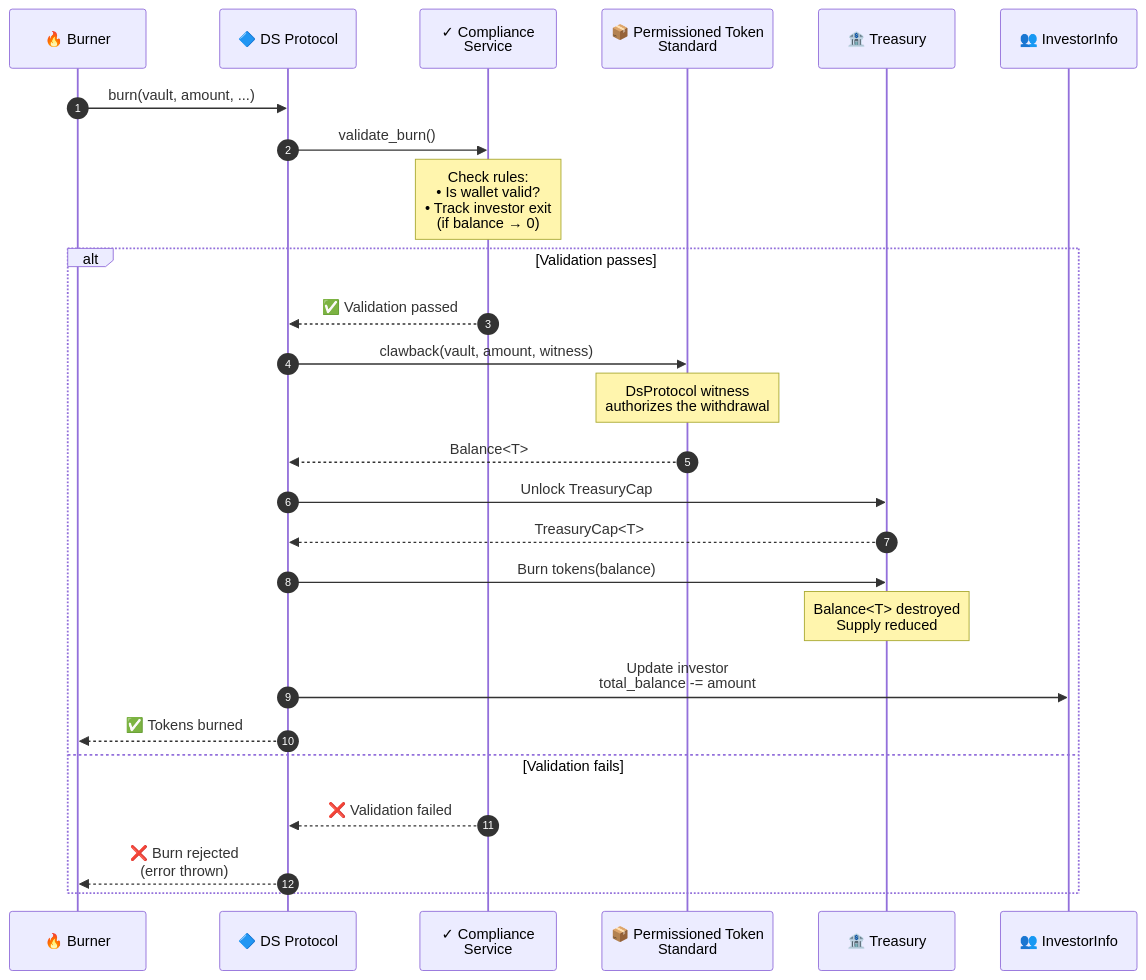
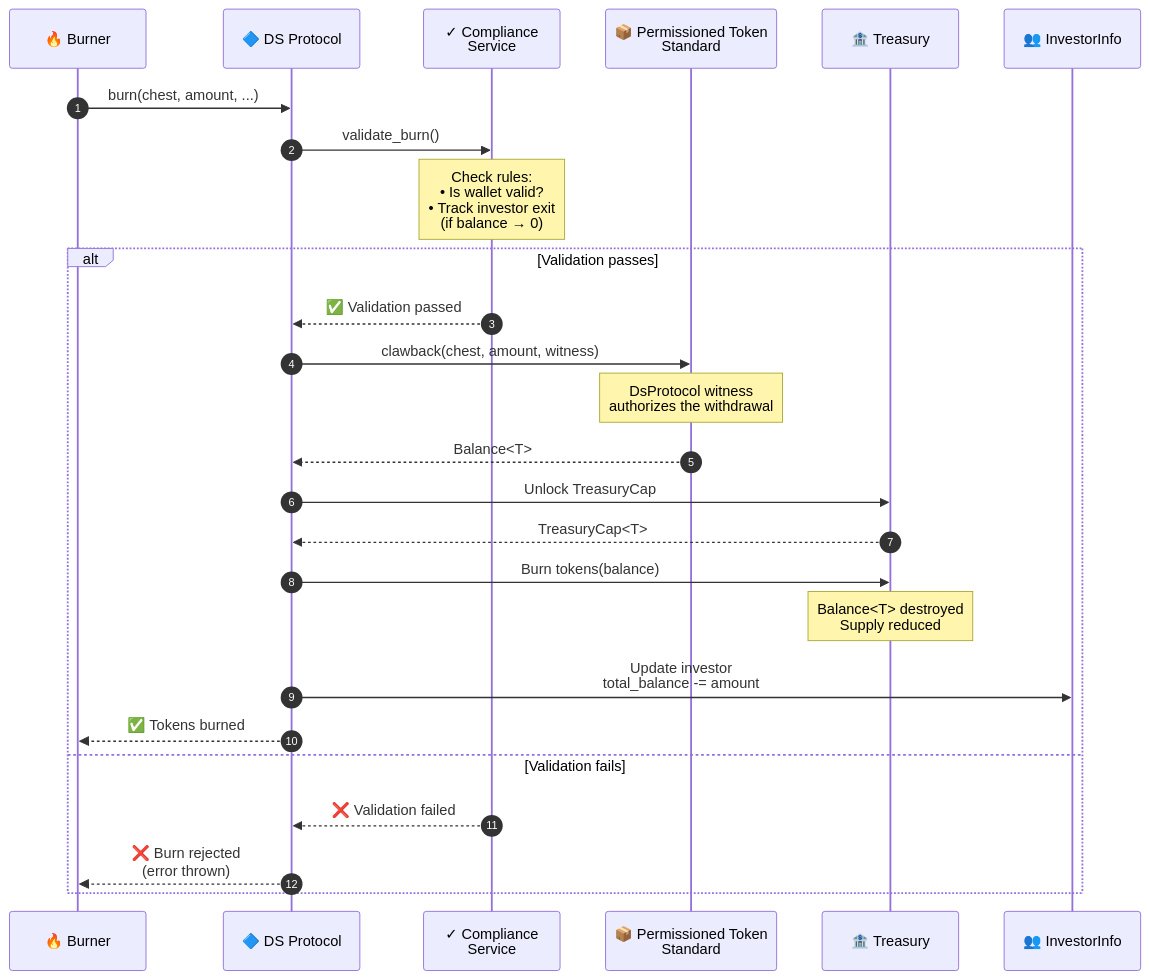
One commit to securitize-io/bc-sui-dstoken-sc changed the diagram in docs/burn-flow.md. Above: the diagram before and after it, drawn with Mermaid. The commit also changed 15 other files, not shown here.

````diff
--- a/docs/burn-flow.md
+++ b/docs/burn-flow.md
@@ -3,37 +3,37 @@
 ```mermaid
 sequenceDiagram
     autonumber
     participant Burner as 🔥 Burner
     participant DS as 🔷 DS Protocol
     participant Compliance as ✓ Compliance<br/>Service
     participant PTS as 📦 Permissioned Token<br/>Standard
     participant Treasury as 🏦 Treasury
     participant Registry as 👥 InvestorInfo
 
-    Burner->>DS: burn(vault, amount, ...)
+    Burner->>DS: burn(chest, amount, ...)
 
     DS->>Compliance: validate_burn()
 
     Note over Compliance: Check rules:<br/>• Is wallet valid?<br/>• Track investor exit<br/>(if balance → 0)
 
     alt Validation passes
         Compliance-->>DS: ✅ Validation passed
 
-        DS->>PTS: clawback(vault, amount, witness)
+        DS->>PTS: clawback(chest, amount, witness)
         Note over PTS: DsProtocol witness<br/>authorizes the withdrawal
         PTS-->>DS: Balance<T>
 
         DS->>Treasury: Unlock TreasuryCap
         Treasury-->>DS: TreasuryCap<T>
 
         DS->>Treasury: Burn tokens(balance)
         Note over Treasury: Balance<T> destroyed<br/>Supply reduced
 
         DS->>Registry: Update investor<br/>total_balance -= amount
 
         DS-->>Burner: ✅ Tokens burned
     else Validation fails
         Compliance-->>DS: ❌ Validation failed
         DS-->>Burner: ❌ Burn rejected<br/>(error thrown)
     end
 ```
````
